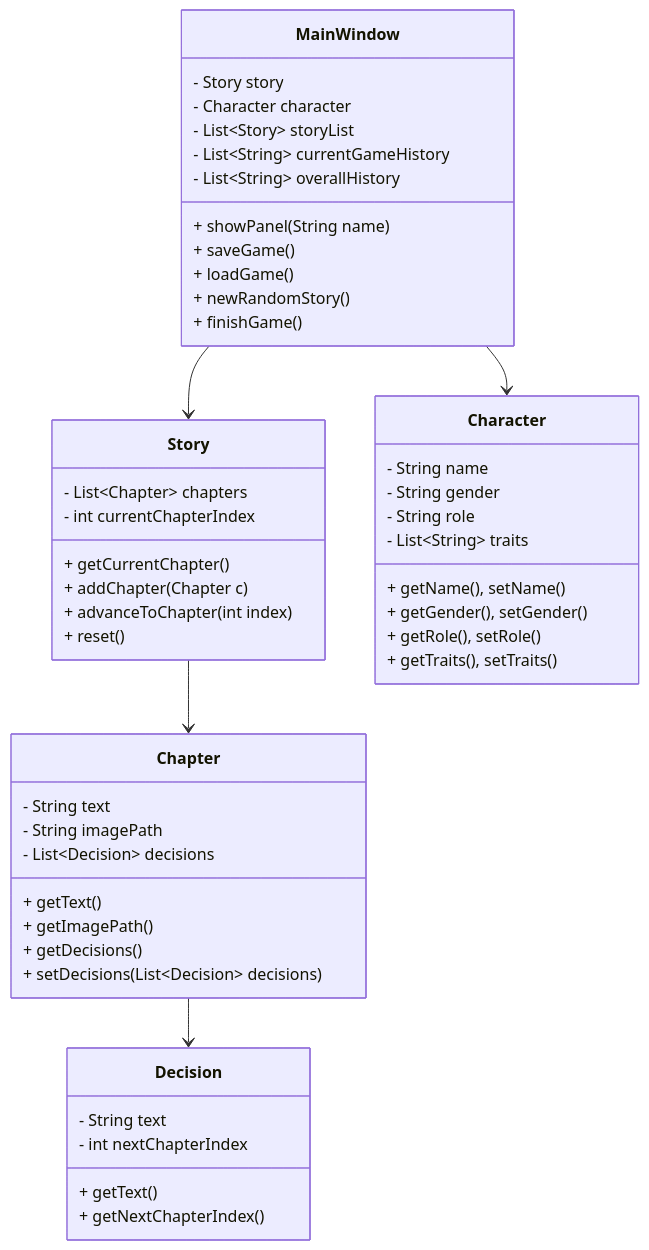
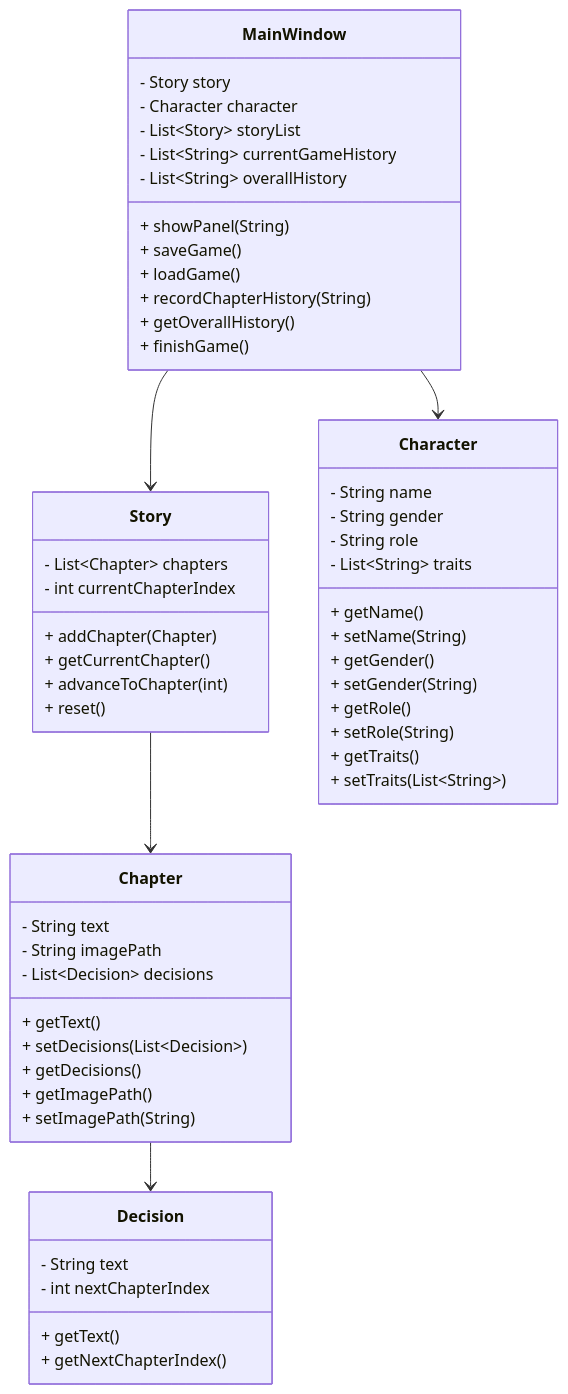
The diagram in README.md (saralasharanappa/NarrateIT), drawn with Mermaid before and after one commit.

````diff
--- a/README.md
+++ b/README.md
@@ -98,57 +98,63 @@
 ```mermaid
 classDiagram
+    class MainWindow {
+        - Story story
+        - Character character
+        - List~Story~ storyList
+        - List~String~ currentGameHistory
+        - List~String~ overallHistory
+        + showPanel(String)
+        + saveGame()
+        + loadGame()
+        + recordChapterHistory(String)
+        + getOverallHistory()
+        + finishGame()
+    }
+
     class Story {
         - List~Chapter~ chapters
         - int currentChapterIndex
+        + addChapter(Chapter)
         + getCurrentChapter()
-        + addChapter(Chapter c)
-        + advanceToChapter(int index)
+        + advanceToChapter(int)
         + reset()
     }
 
     class Chapter {
         - String text
         - String imagePath
         - List~Decision~ decisions
         + getText()
+        + setDecisions(List~Decision~)
+        + getDecisions()
         + getImagePath()
-        + getDecisions()
-        + setDecisions(List~Decision~ decisions)
+        + setImagePath(String)
     }
 
     class Decision {
         - String text
         - int nextChapterIndex
         + getText()
         + getNextChapterIndex()
     }
 
     class Character {
         - String name
         - String gender
         - String role
         - List~String~ traits
-        + getName(), setName()
-        + getGender(), setGender()
-        + getRole(), setRole()
-        + getTraits(), setTraits()
+        + getName()
+        + setName(String)
+        + getGender()
+        + setGender(String)
+        + getRole()
+        + setRole(String)
+        + getTraits()
+        + setTraits(List~String~)
     }
 
-    class MainWindow {
-        - Story story
-        - Character character
-        - List~Story~ storyList
-        - List~String~ currentGameHistory
-        - List~String~ overallHistory
-        + showPanel(String name)
-        + saveGame()
-        + loadGame()
-        + newRandomStory()
-        + finishGame()
-    }
-
+    MainWindow --> Story
+    MainWindow --> Character
     Story --> Chapter
     Chapter --> Decision
-    MainWindow --> Story
-    MainWindow --> Character
 ```
````
